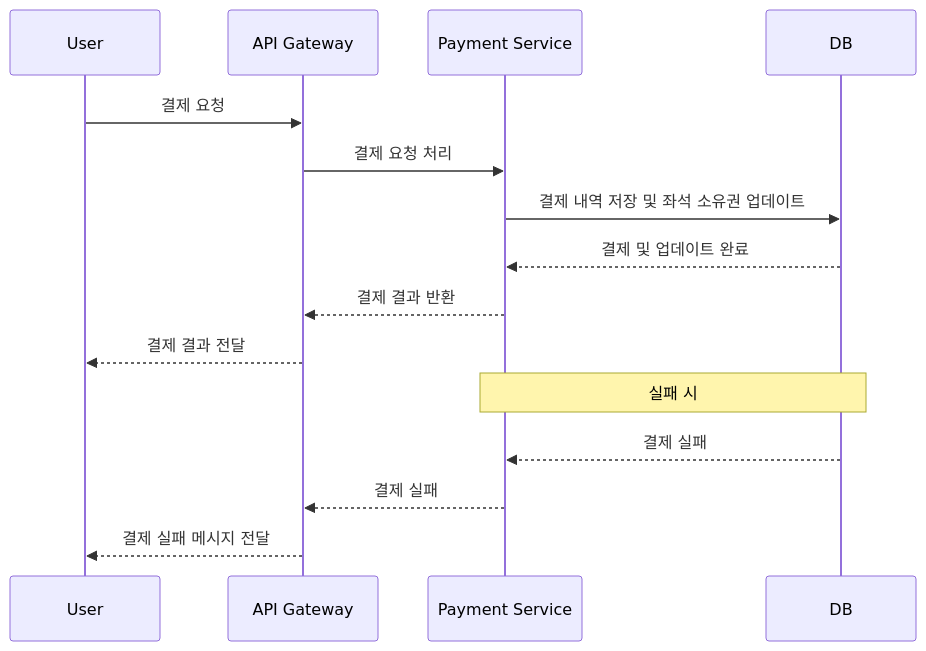
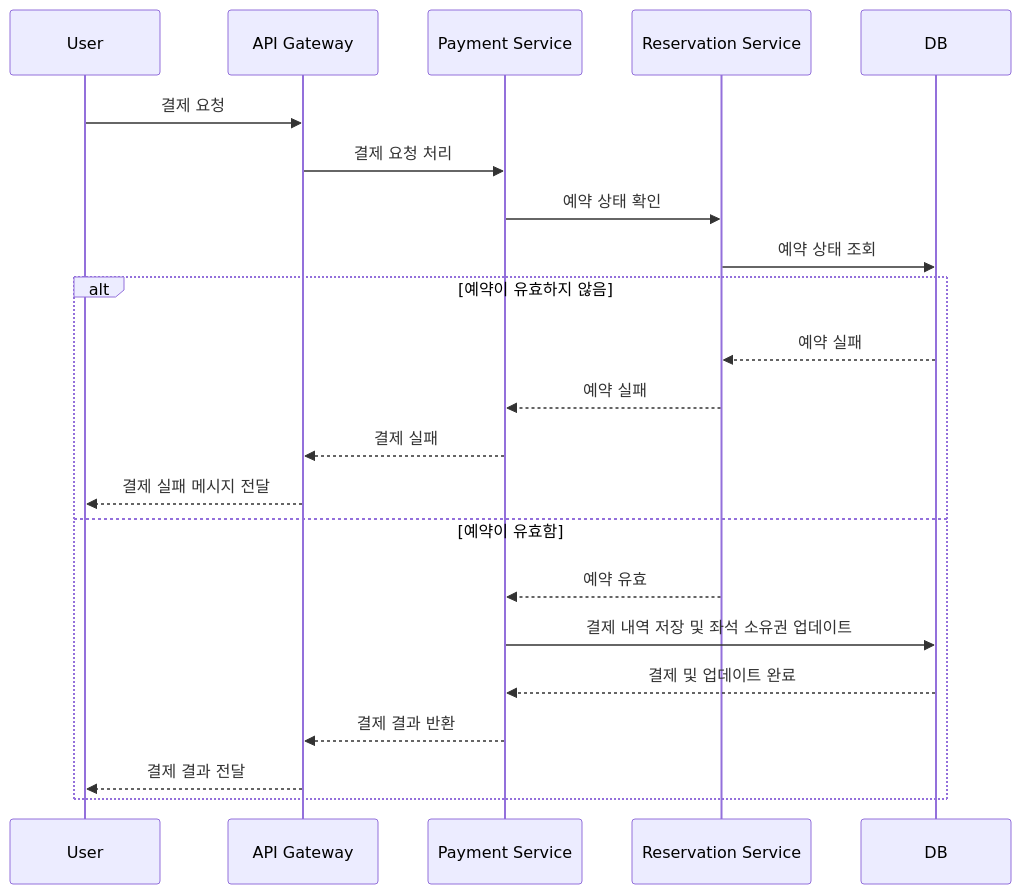
The seventh of 9 diagrams in README.md (ghwoo93/hhplus-concert-3week), drawn with Mermaid before and after one commit. The commit also changed other lines of this file, not shown here.

Commit message:
- 설계 변경 업데이트

````diff
--- a/README.md
+++ b/README.md
@@ -412,20 +411,25 @@
 ```mermaid
 sequenceDiagram
     participant User
     participant API Gateway
     participant Payment Service
+    participant Reservation Service
     participant DB
 
     User->>API Gateway: 결제 요청
     API Gateway->>Payment Service: 결제 요청 처리
-    Payment Service->>DB: 결제 내역 저장 및 좌석 소유권 업데이트
-    DB-->>Payment Service: 결제 및 업데이트 완료
-    Payment Service-->>API Gateway: 결제 결과 반환
-    API Gateway-->>User: 결제 결과 전달
-
-    Note over Payment Service,DB: 실패 시
-    DB-->>Payment Service: 결제 실패
-    Payment Service-->>API Gateway: 결제 실패
-    API Gateway-->>User: 결제 실패 메시지 전달
-
+    Payment Service->>Reservation Service: 예약 상태 확인
+    Reservation Service->>DB: 예약 상태 조회
+    alt 예약이 유효하지 않음
+        DB-->>Reservation Service: 예약 실패
+        Reservation Service-->>Payment Service: 예약 실패
+        Payment Service-->>API Gateway: 결제 실패
+        API Gateway-->>User: 결제 실패 메시지 전달
+    else 예약이 유효함
+        Reservation Service-->>Payment Service: 예약 유효
+        Payment Service->>DB: 결제 내역 저장 및 좌석 소유권 업데이트
+        DB-->>Payment Service: 결제 및 업데이트 완료
+        Payment Service-->>API Gateway: 결제 결과 반환
+        API Gateway-->>User: 결제 결과 전달
+    end
 ```
````
